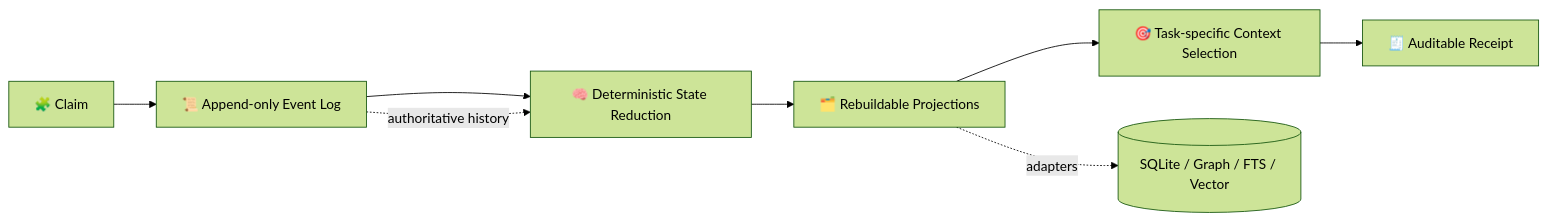
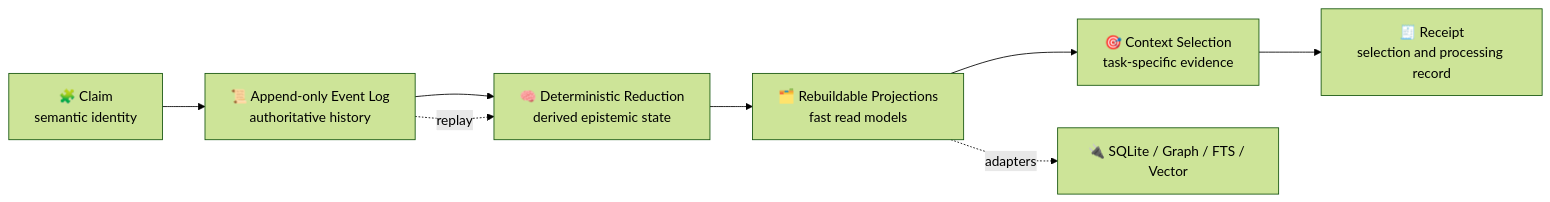
One commit to velantrian/velantrim-native-kernel changed the first of 3 diagrams in README.md. Above: the diagram before and after it, drawn with Mermaid (forest theme). The commit also changed other lines of this file, not shown here.

Commit message:
docs: expand README architecture overview

````diff
--- a/README.md
+++ b/README.md
@@ -49,11 +204,11 @@
 ```mermaid
 flowchart LR
-    C["🧩 Claim"] --> E["📜 Append-only Event Log"]
-    E --> S["🧠 Deterministic State Reduction"]
-    S --> P["🗂️ Rebuildable Projections"]
-    P --> X["🎯 Task-specific Context Selection"]
-    X --> R["🧾 Auditable Receipt"]
+    C["🧩 Claim<br/>semantic identity"] --> E["📜 Append-only Event Log<br/>authoritative history"]
+    E --> S["🧠 Deterministic Reduction<br/>derived epistemic state"]
+    S --> P["🗂️ Rebuildable Projections<br/>fast read models"]
+    P --> X["🎯 Context Selection<br/>task-specific evidence"]
+    X --> R["🧾 Receipt<br/>selection and processing record"]
 
-    P -. adapters .-> A[(SQLite / Graph / FTS / Vector)]
-    E -. authoritative history .-> S
+    P -. adapters .-> A["🔌 SQLite / Graph / FTS / Vector"]
+    E -. replay .-> S
 ```
````
